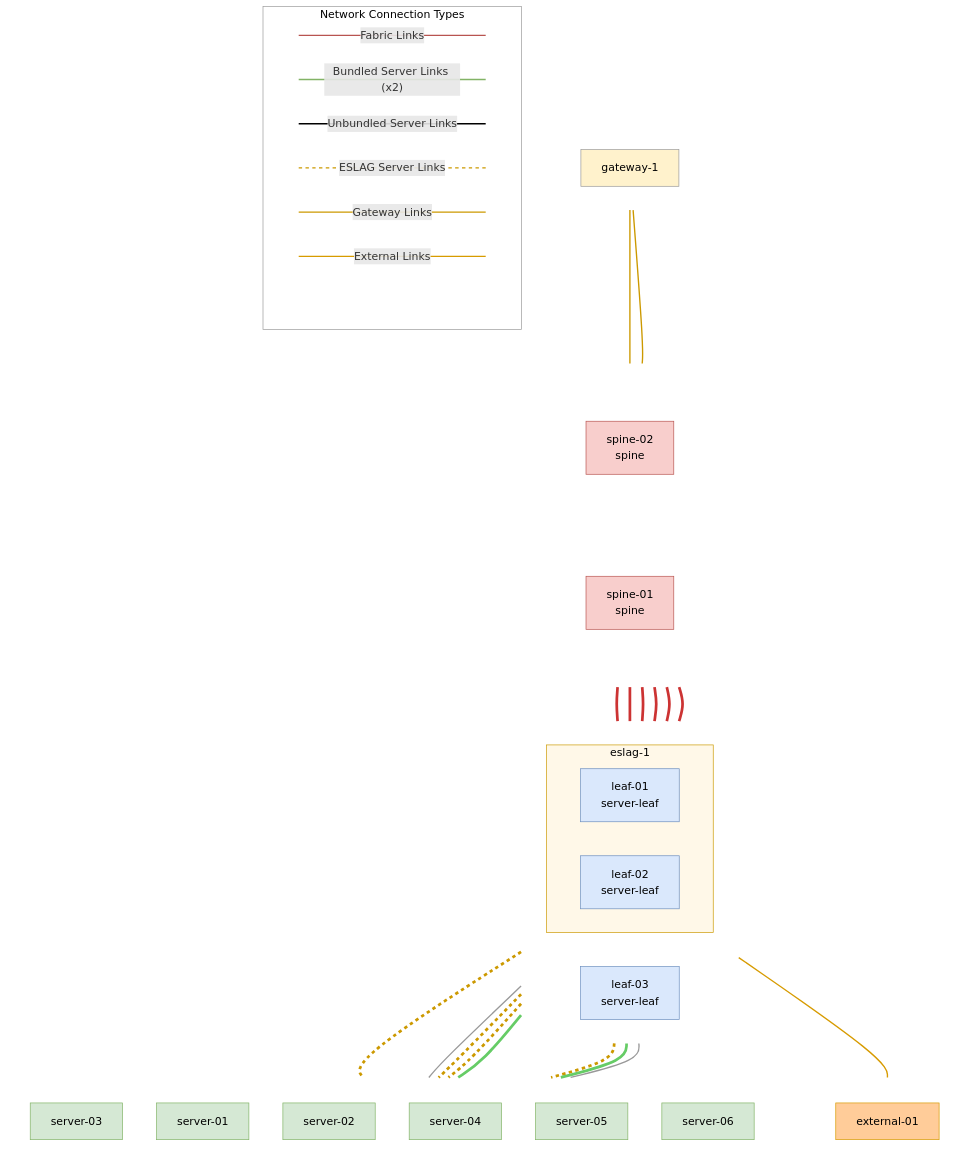
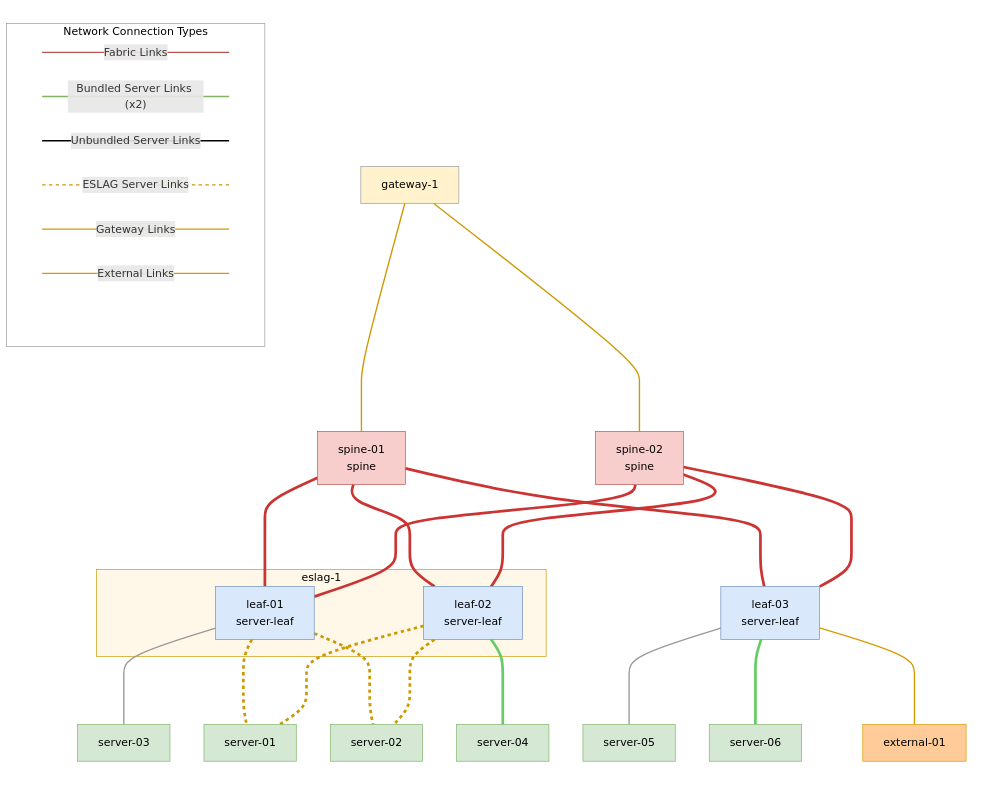
Before and after one commit to githedgehog/docs: the diagram in docs/vlab/virt-externals.md, drawn with Mermaid. The commit also changed 2 other files, not shown here.

Commit message:
fix: mermaid rendering bug

```diff
--- a/docs/vlab/virt-externals.md
+++ b/docs/vlab/virt-externals.md
@@ -64,31 +64,31 @@
 
 %% Network diagram
 subgraph Gateways[" "]
-	direction LR
+	%%direction LR
 	Gateway_1["gateway-1"]
 end
 
 subgraph Spines[" "]
-	direction LR
+	%%direction LR
 	subgraph Spine_01_Group [" "]
-		direction TB
+		%%direction TB
 		Spine_01["spine-01<br>spine"]
 	end
 	subgraph Spine_02_Group [" "]
-		direction TB
+		%%direction TB
 		Spine_02["spine-02<br>spine"]
 	end
 end
 
 subgraph ExternalsRight[" "]
-	direction TB
+	%%direction TB
 	External_01["external-01"]
 end
 
 subgraph Leaves[" "]
-	direction LR
+	%%direction LR
 	subgraph Eslag_1 ["eslag-1"]
-		direction LR
+		%%direction LR
 		Leaf_01["leaf-01<br>server-leaf"]
 		Leaf_02["leaf-02<br>server-leaf"]
 	end
@@ -97,7 +97,7 @@
 end
 
 subgraph Servers[" "]
-	direction TB
+	%%direction TB
 	Server_03["server-03"]
 	Server_01["server-01"]
 	Server_02["server-02"]
@@ -140,7 +140,7 @@
 Leaf_03 --- External_01
 
 subgraph Legend["Network Connection Types"]
-	direction LR
+	%%direction LR
 	%% Create invisible nodes for the start and end of each line
 	L1(( )) --- |"Fabric Links"| L2(( ))
 	L5(( )) --- |"Bundled Server Links (x2)"| L6(( ))
```
